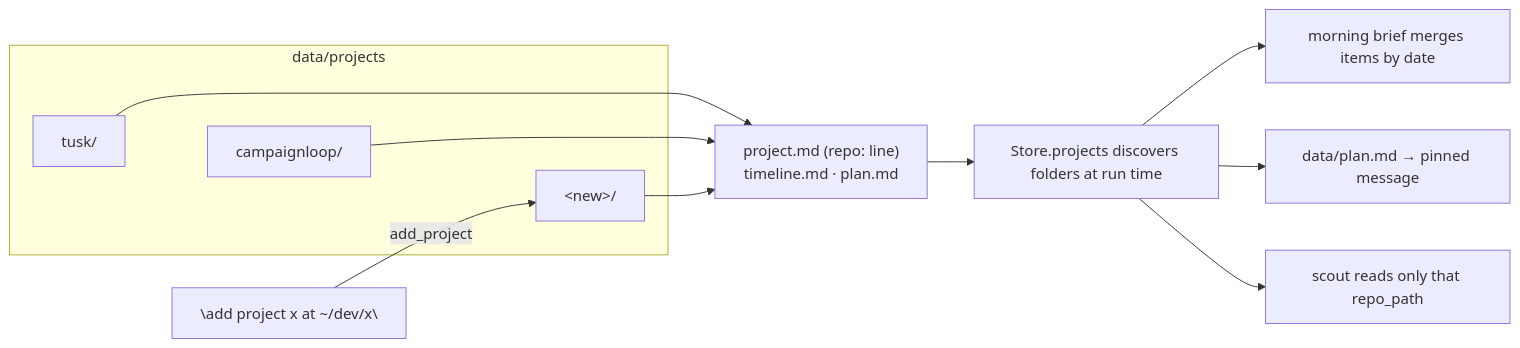
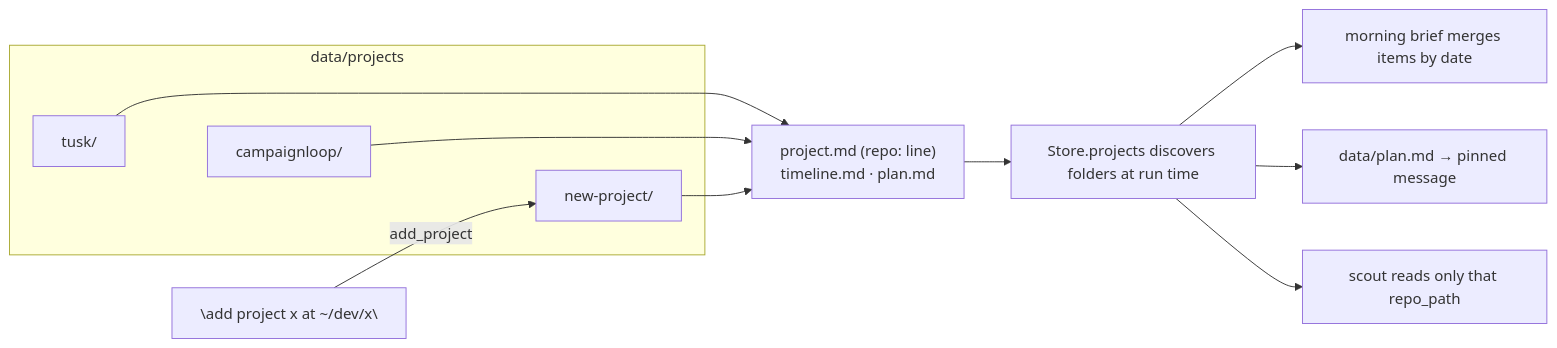
Before and after one commit to vovka/mentor-bot: the ninth of 16 diagrams in docs/ARCHITECTURE.md, drawn with Mermaid. The commit also changed other lines of this file, not shown here.

Commit message:
docs: plain new-project label (mermaid strips angle brackets)
Claude-Session: https://claude.ai/code/session_01M4gH2Kn5GkPJtYPP2RLBNa

````diff
--- a/docs/ARCHITECTURE.md
+++ b/docs/ARCHITECTURE.md
@@ -158,12 +158,12 @@
 ```mermaid
 flowchart LR
   subgraph data/projects
-    T[tusk/] ~~~ C[campaignloop/] ~~~ N["&lt;new&gt;/"]
+    T[tusk/] ~~~ C[campaignloop/] ~~~ N[new-project/]
   end
   T & C & N --> F["project.md (repo: line)<br/>timeline.md · plan.md"]
   F --> DISC[Store.projects discovers folders at run time]
   DISC --> MB[morning brief merges items by date]
   DISC --> GP["data/plan.md → pinned message"]
   DISC --> SC["scout reads only that repo_path"]
   ADD["\"add project x at ~/dev/x\""] -- add_project --> N
 ```
````
